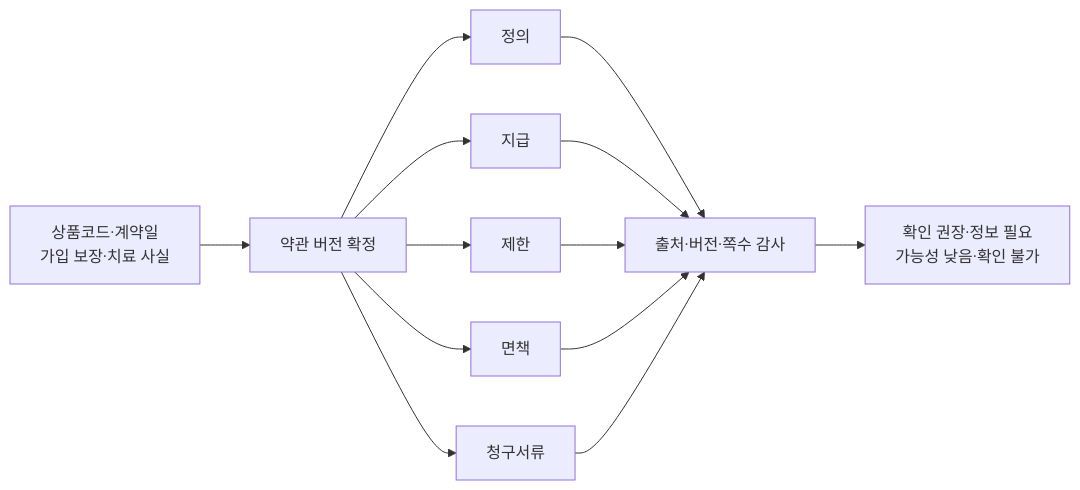
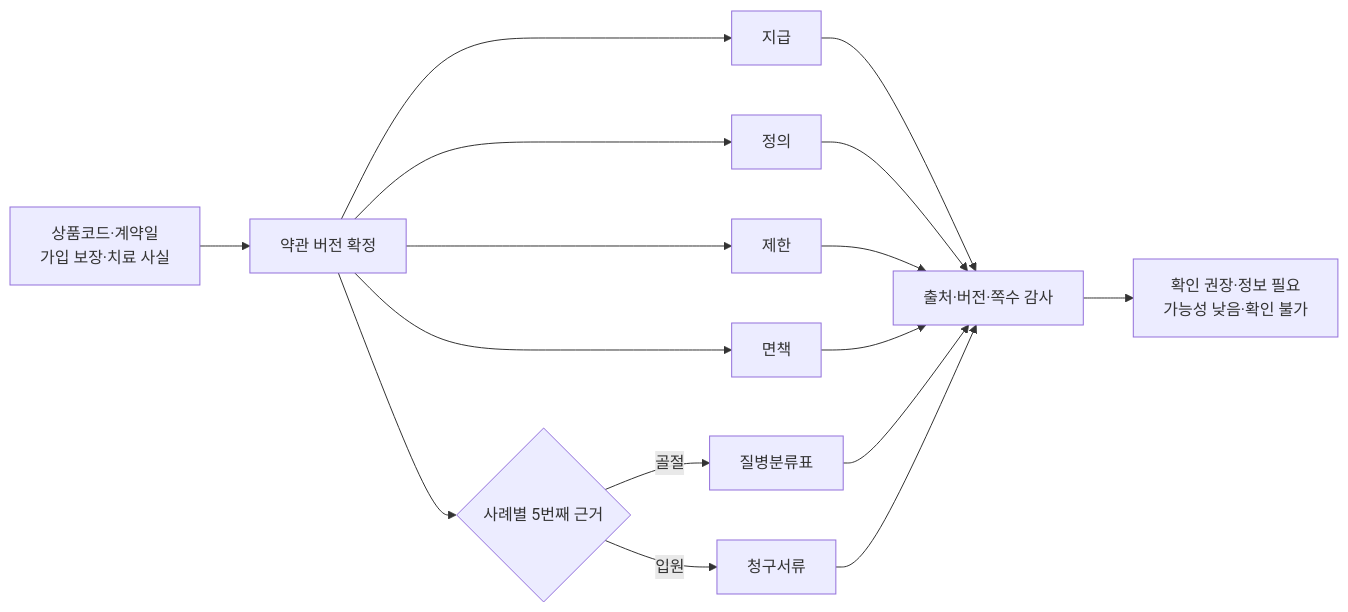
The second of 3 diagrams in docs/submission-visuals.md (turtlehwan/2026-finance-ai-challenge), drawn with Mermaid before and after one commit. The commit also changed other lines of this file and 15 other files, not shown here.

````diff
--- a/docs/submission-visuals.md
+++ b/docs/submission-visuals.md
@@ -29,15 +29,18 @@
 ```mermaid
 flowchart LR
     I["상품코드·계약일\n가입 보장·치료 사실"] --> V["약관 버전 확정"]
-    V --> E1["정의"]
-    V --> E2["지급"]
+    V --> E1["지급"]
+    V --> E2["정의"]
     V --> E3["제한"]
     V --> E4["면책"]
-    V --> E5["청구서류"]
+    V --> C{"사례별 5번째 근거"}
+    C -->|골절| E5["질병분류표"]
+    C -->|입원| E6["청구서류"]
     E1 --> A["출처·버전·쪽수 감사"]
     E2 --> A
     E3 --> A
     E4 --> A
     E5 --> A
+    E6 --> A
     A --> R["확인 권장·정보 필요\n가능성 낮음·확인 불가"]
 ```
````
